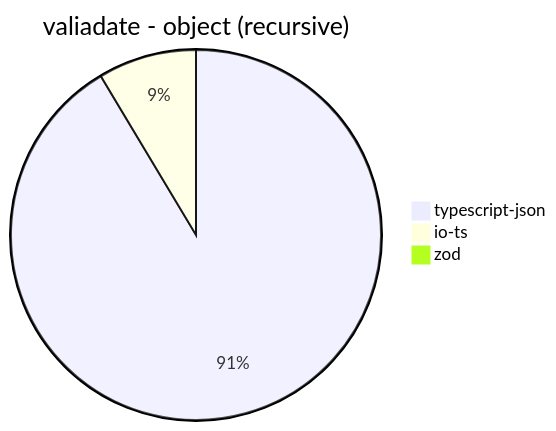
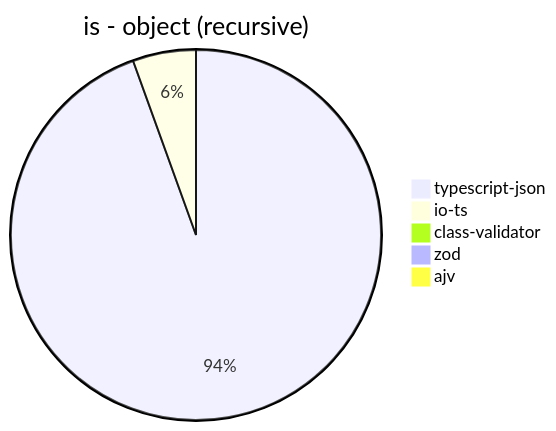
Before and after one commit to samchon/typia: the second of 40 diagrams in benchmark/results/AMD Ryzen 9 5900HX with Radeon Graphics.md, drawn with Mermaid. The commit also changed other lines of this file and 2 other files, not shown here.

````diff
--- a/benchmark/results/AMD Ryzen 9 5900HX with Radeon Graphics.md
+++ b/benchmark/results/AMD Ryzen 9 5900HX with Radeon Graphics.md
@@ -29,6 +31,8 @@
 ```mermaid
-pie title valiadate - object (recursive)
-  "typescript-json": 19881.074168797953
-  "io-ts": 1869.0519433345441
-  "zod": 77.86735067790399
+pie title is - object (recursive)
+  "typescript-json": 85109.68687053653
+  "io-ts": 4968.164453338185
+  "class-validator": 45.83410651326776
+  "zod": 74.53301276123544
+  "ajv": 0
 ```
````
